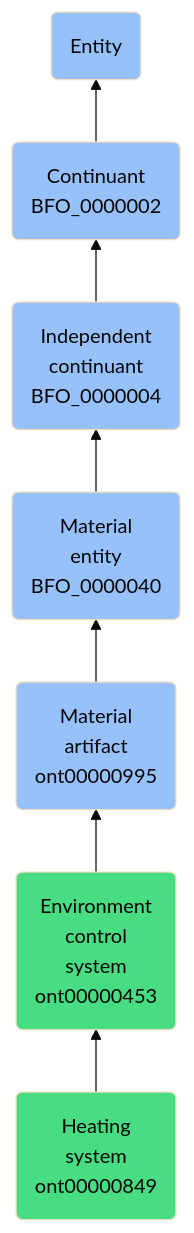
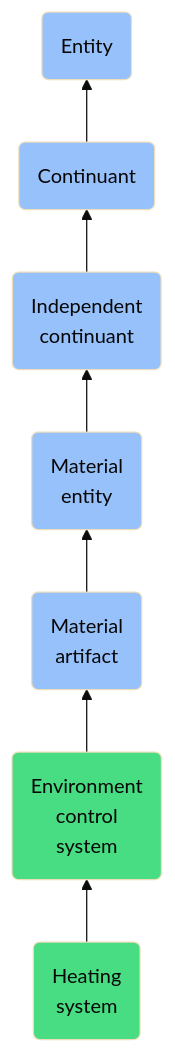
Before and after one commit to jupyter-naas/abi: the diagram in docs/ontology/reference/model/Entity/Continuant/Independent continuant/Material entity/Material artifact/Environment control system/Heating system/Heating system.md, drawn with Mermaid (base theme). The commit also changed other lines of this file and 1430 other files, not shown here.

````diff
--- a/docs/ontology/reference/model/Entity/Continuant/Independent continuant/Material entity/Material artifact/Environment control system/Heating system/Heating system.md
+++ b/docs/ontology/reference/model/Entity/Continuant/Independent continuant/Material entity/Material artifact/Environment control system/Heating system/Heating system.md
@@ -24,14 +24,14 @@
 ```mermaid
 graph BT
-    ont00000849(Heating<br>system<br>ont00000849):::ABI-->ont00000453
-    ont00000453(Environment<br>control<br>system<br>ont00000453):::ABI-->ont00000995
-    ont00000995(Material<br>artifact<br>ont00000995):::BFO-->BFO_0000040
-    BFO_0000040(Material<br>entity<br>BFO_0000040):::BFO-->BFO_0000004
-    BFO_0000004(Independent<br>continuant<br>BFO_0000004):::BFO-->BFO_0000002
-    BFO_0000002(Continuant<br>BFO_0000002):::BFO-->BFO_0000001
+    ont00000849(Heating<br>system):::ABI-->ont00000453
+    ont00000453(Environment<br>control<br>system):::ABI-->ont00000995
+    ont00000995(Material<br>artifact):::BFO-->BFO_0000040
+    BFO_0000040(Material<br>entity):::BFO-->BFO_0000004
+    BFO_0000004(Independent<br>continuant):::BFO-->BFO_0000002
+    BFO_0000002(Continuant):::BFO-->BFO_0000001
     BFO_0000001(Entity):::BFO
     
     classDef BFO fill:#97c1fb,color:#060606
     classDef CCO fill:#e4c51e,color:#060606
     classDef ABI fill:#48DD82,color:#060606
 ```
````
